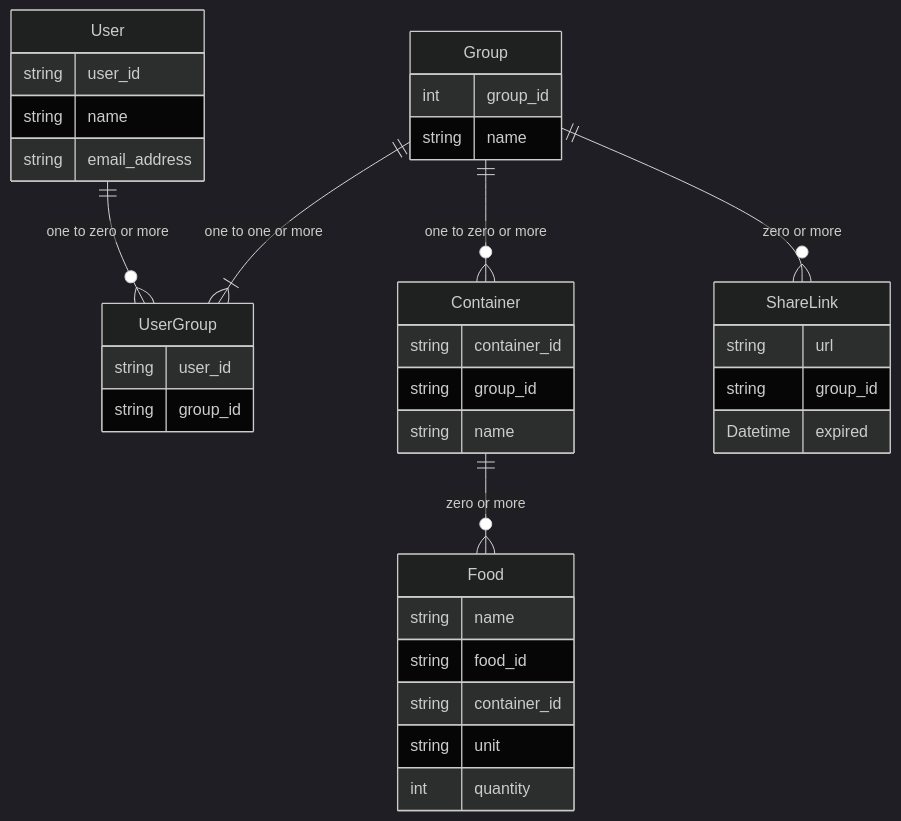
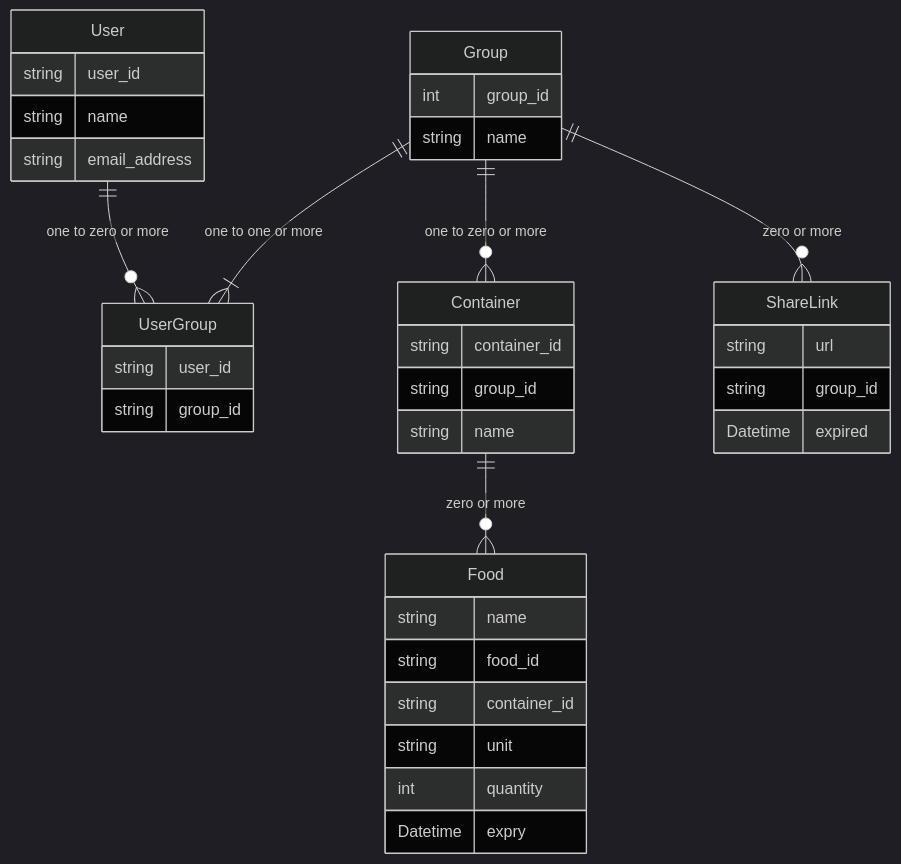
One commit to nishiki-tech/nishiki-documents changed the diagram in project-document/docs/er-diagram/er-diagram.md. Above: the diagram before and after it, drawn with Mermaid (dark theme).

Commit message:
modify: add expiry property in er diagram

````diff
--- a/project-document/docs/er-diagram/er-diagram.md
+++ b/project-document/docs/er-diagram/er-diagram.md
@@ -3,47 +3,48 @@
 ```mermaid
 erDiagram
 
 User {
     string user_id
     string name
     string email_address
 }
 
 UserGroup {
     string user_id
     string group_id
 }
 
 Group {
     int group_id
     string name
 }
 
 Container {
     string container_id
     string group_id
     string name
 }
 
 Food {
     string name
     string food_id
     string container_id
     string unit
     int quantity
+    Datetime expry
 }
 
 ShareLink {
     string url
     string group_id
     Datetime expired
 }
 
 User ||--o{ UserGroup : "one to zero or more"
 Group ||--|{ UserGroup : "one to one or more"
 Group ||--o{ Container : "one to zero or more"
 Container ||--o{ Food : "zero or more"
 Group ||--o{ ShareLink : "zero or more"
 
 
 ```
````
